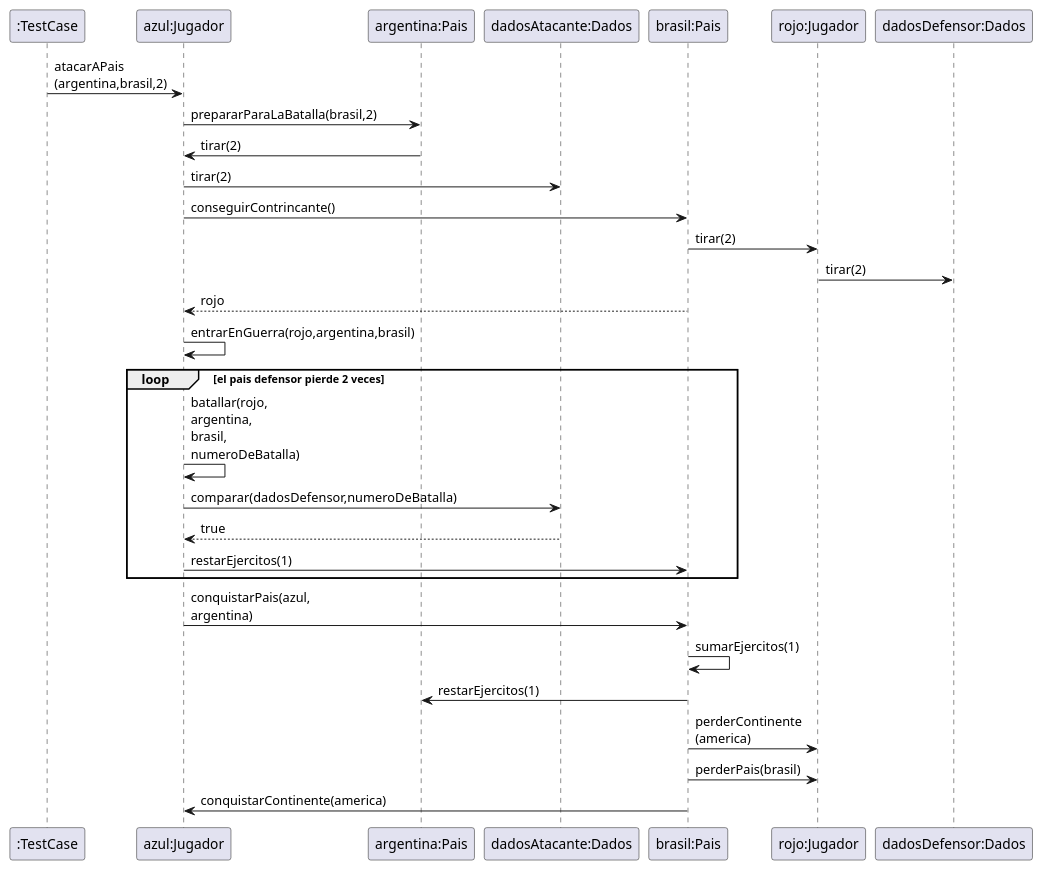
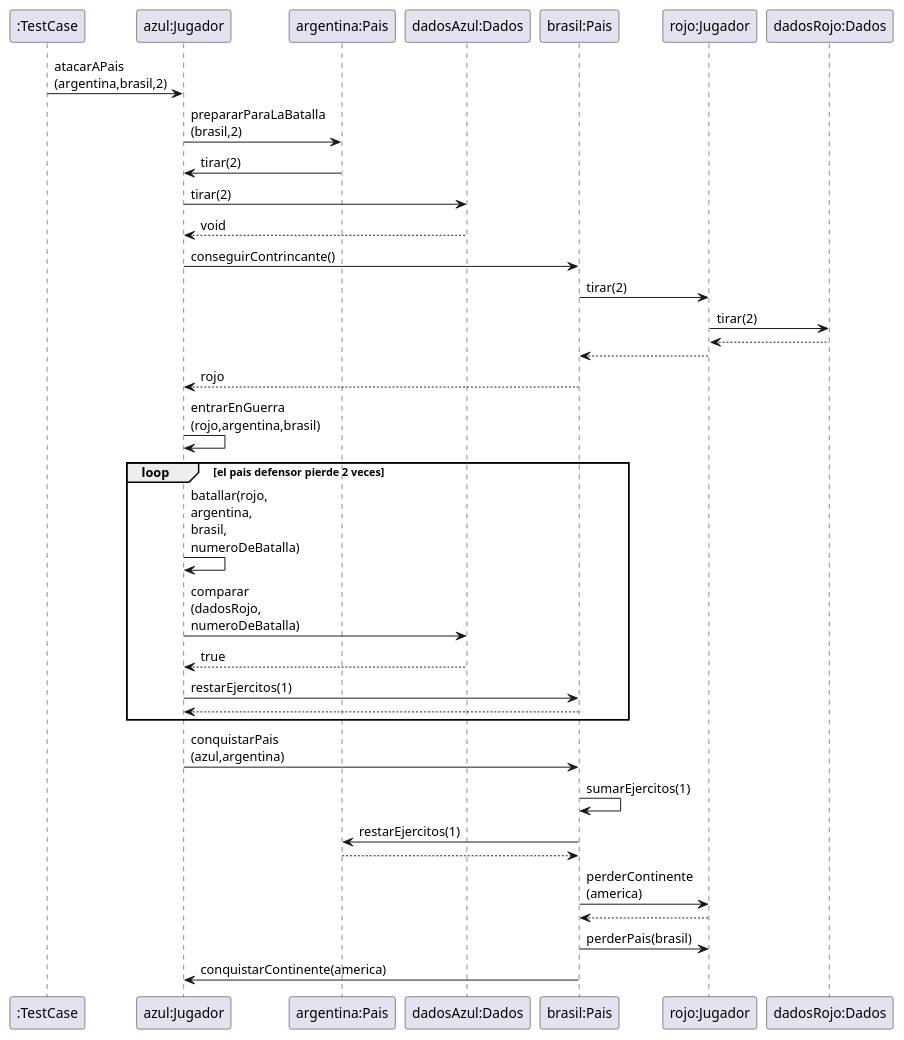
Before and after one commit to Manu-jesus/Algo3_Tp2_TEG: the diagram in Diagramas UML/Secuencia/atacar pais y conquistarlo.puml, drawn with PlantUML. The commit also changed 5 other files, not shown here.

```diff
--- a/Diagramas UML/Secuencia/atacar pais y conquistarlo.puml
+++ b/Diagramas UML/Secuencia/atacar pais y conquistarlo.puml
@@ -1,31 +1,37 @@
 @startuml
 skinparam maxmessagesize 20
 
 ":TestCase" -> "azul:Jugador" : atacarAPais (argentina,brasil,2)
 
-"azul:Jugador" -> "argentina:Pais" : prepararParaLaBatalla(brasil,2)
+"azul:Jugador" -> "argentina:Pais" : prepararParaLaBatalla (brasil,2)
 "argentina:Pais" -> "azul:Jugador" : tirar(2)
-"azul:Jugador" -> "dadosAtacante:Dados" : tirar(2)
+"azul:Jugador" -> "dadosAzul:Dados" : tirar(2)
+"dadosAzul:Dados" --> "azul:Jugador" : void
 
 "azul:Jugador" -> "brasil:Pais" : conseguirContrincante()
 "brasil:Pais" -> "rojo:Jugador" : tirar(2)
-"rojo:Jugador" -> "dadosDefensor:Dados" : tirar(2)
+"rojo:Jugador" -> "dadosRojo:Dados" : tirar(2)
+"dadosRojo:Dados" --> "rojo:Jugador":
+"rojo:Jugador" --> "brasil:Pais":
 
 "brasil:Pais" --> "azul:Jugador" : rojo
-"azul:Jugador" -> "azul:Jugador" : entrarEnGuerra(rojo,argentina,brasil)
+"azul:Jugador" -> "azul:Jugador" : entrarEnGuerra (rojo,argentina,brasil)
 
 loop el pais defensor pierde 2 veces
     "azul:Jugador" -> "azul:Jugador" : batallar(rojo, argentina, brasil, numeroDeBatalla)
-    "azul:Jugador" -> "dadosAtacante:Dados" : comparar(dadosDefensor,numeroDeBatalla)
-    "dadosAtacante:Dados" --> "azul:Jugador" : true
+    "azul:Jugador" -> "dadosAzul:Dados" : comparar (dadosRojo, numeroDeBatalla)
+    "dadosAzul:Dados" --> "azul:Jugador" : true
     "azul:Jugador" -> "brasil:Pais" : restarEjercitos(1)
+    "brasil:Pais" --> "azul:Jugador":
     end
-"azul:Jugador" -> "brasil:Pais" : conquistarPais(azul, argentina)
+"azul:Jugador" -> "brasil:Pais" : conquistarPais (azul,argentina)
 
 "brasil:Pais" -> "brasil:Pais" : sumarEjercitos(1)
 "brasil:Pais" -> "argentina:Pais" : restarEjercitos(1)
+"argentina:Pais" --> "brasil:Pais":
 "brasil:Pais" -> "rojo:Jugador" : perderContinente (america)
+"rojo:Jugador" --> "brasil:Pais":
 "brasil:Pais" -> "rojo:Jugador" : perderPais(brasil)
 "brasil:Pais" -> "azul:Jugador" : conquistarContinente(america)
 
 @enduml
```
